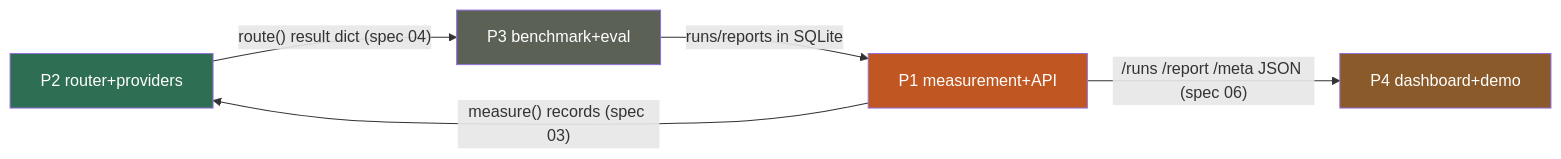
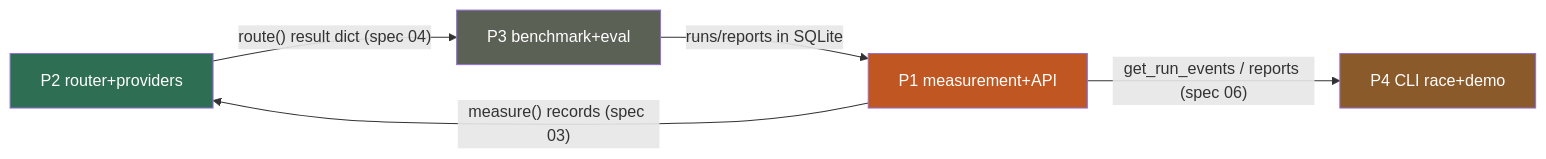
The sixth of 6 diagrams in OVERVIEW.md (Calvinky-Lee/Ember), drawn with Mermaid before and after one commit. The commit also changed other lines of this file and 32 other files, not shown here.

Commit message:
Pivot to CLI-first: replace web app with ember CLI (doctor/methodology live, race TUI + HTML report specced), rewrite specs 06/07 + docs + delegation, MCP as stretch

````diff
--- a/OVERVIEW.md
+++ b/OVERVIEW.md
@@ -160,11 +160,11 @@
 ```mermaid
 flowchart LR
     P2["P2 router+providers"] -->|"route() result dict (spec 04)"| P3["P3 benchmark+eval"]
     P1["P1 measurement+API"] -->|"measure() records (spec 03)"| P2
     P3 -->|"runs/reports in SQLite"| P1
-    P1 -->|"/runs /report /meta JSON (spec 06)"| P4["P4 dashboard+demo"]
+    P1 -->|"get_run_events / reports (spec 06)"| P4["P4 CLI race+demo"]
     style P1 fill:#C05621,color:#fff
     style P2 fill:#2E6E52,color:#fff
     style P3 fill:#5C6156,color:#fff
     style P4 fill:#8A5A2B,color:#fff
 ```
````
